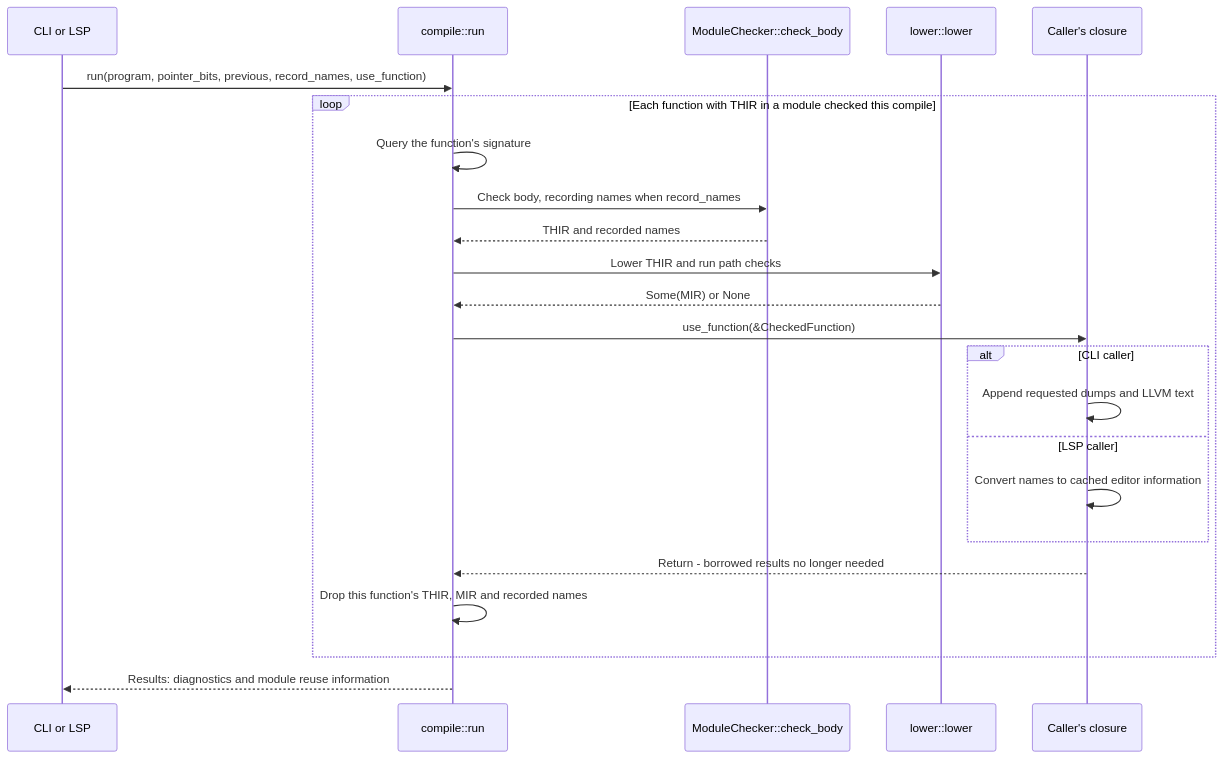
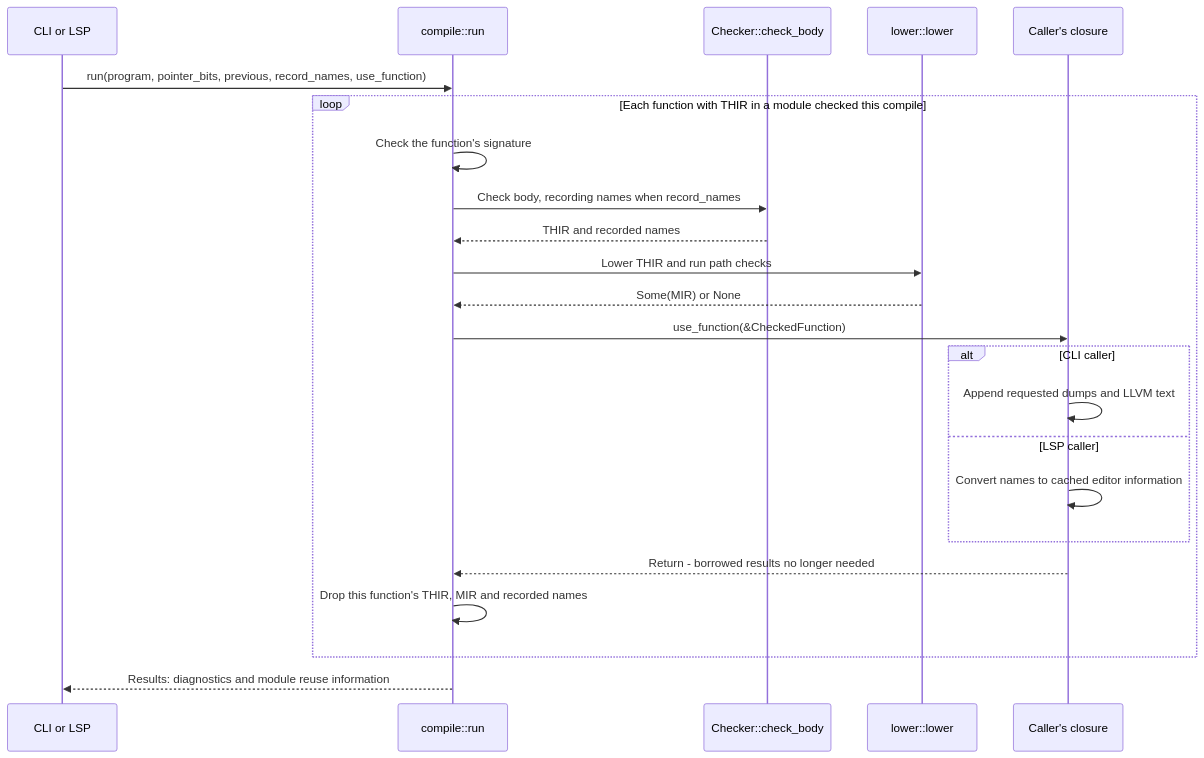
The diagram in README.md (PeeperLanguage/compiler), drawn with Mermaid before and after one commit. The commit also changed 28 other files, not shown here.

````diff
--- a/README.md
+++ b/README.md
@@ -46,26 +46,26 @@
 ```mermaid
 sequenceDiagram
     participant Caller as CLI or LSP
     participant Compile as compile::run
-    participant Check as ModuleChecker::check_body
+    participant Check as Checker::check_body
     participant Lower as lower::lower
     participant Callback as Caller's closure
 
     Caller->>Compile: run(program, pointer_bits, previous, record_names, use_function)
     loop Each function with THIR in a module checked this compile
-        Compile->>Compile: Query the function's signature
+        Compile->>Compile: Check the function's signature
         Compile->>Check: Check body, recording names when record_names
         Check-->>Compile: THIR and recorded names
         Compile->>Lower: Lower THIR and run path checks
         Lower-->>Compile: Some(MIR) or None
         Compile->>Callback: use_function(&CheckedFunction)
         alt CLI caller
             Callback->>Callback: Append requested dumps and LLVM text
         else LSP caller
             Callback->>Callback: Convert names to cached editor information
         end
         Callback-->>Compile: Return - borrowed results no longer needed
         Compile->>Compile: Drop this function's THIR, MIR and recorded names
     end
     Compile-->>Caller: Results: diagnostics and module reuse information
 ```
````
